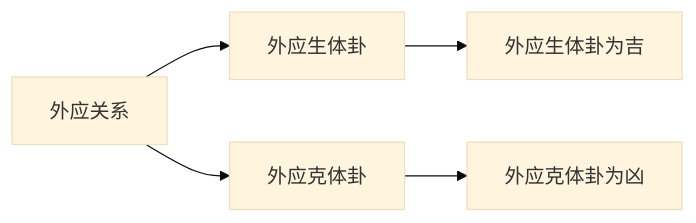
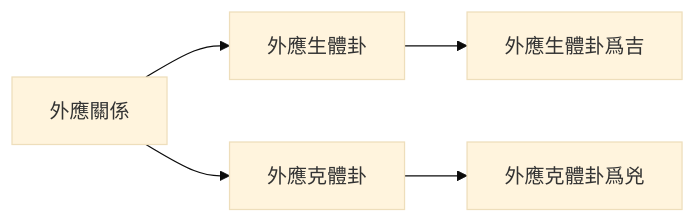
The fifth of 13 diagrams in 3 Resources/04-Interests/易学/03-占卜方法/梅花易数入门.md (kmjade/knowledge-value), drawn with Mermaid (base theme) before and after one commit. The commit also changed other lines of this file and 49 other files, not shown here.

````diff
--- a/3 Resources/04-Interests/易学/03-占卜方法/梅花易数入门.md
+++ b/3 Resources/04-Interests/易学/03-占卜方法/梅花易数入门.md
@@ -174,8 +174,8 @@
 ```mermaid
 graph LR
-    A[外应关系] --> B[外应生体卦]
-    A --> C[外应克体卦]
+    A[外應關係] --> B[外應生體卦]
+    A --> C[外應克體卦]
     
-    B --> B1[外应生体卦为吉]
-    C --> C1[外应克体卦为凶]
+    B --> B1[外應生體卦爲吉]
+    C --> C1[外應克體卦爲兇]
 ```
````
